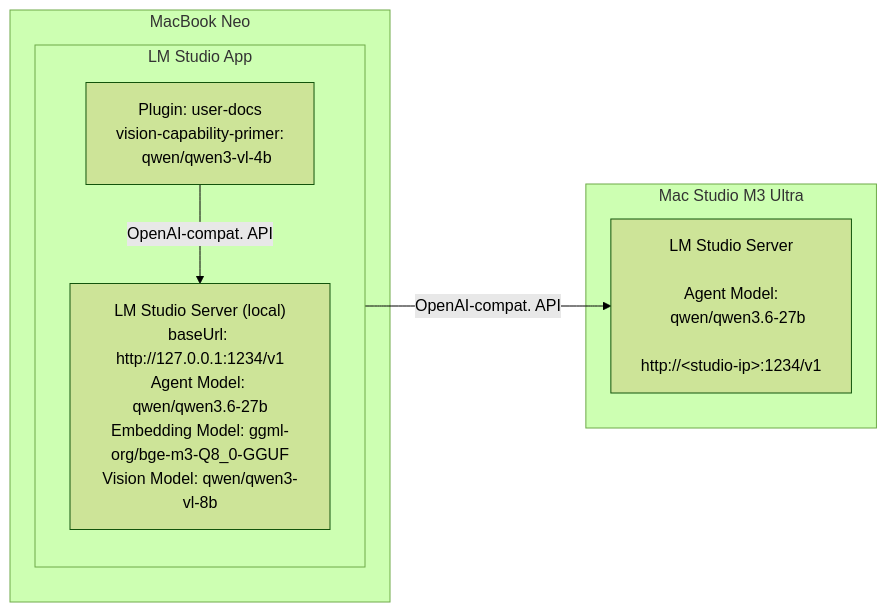
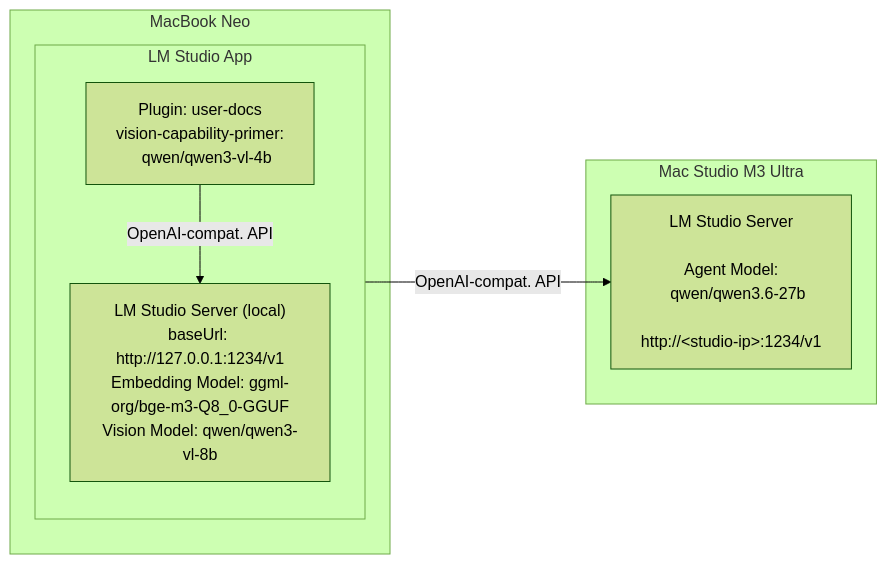
The second of 2 diagrams in docs/DEPLOYMENT.md (ceveyne/user-docs-docs), drawn with Mermaid (forest theme) before and after one commit. The commit also changed other lines of this file and 2 other files, not shown here.

````diff
--- a/docs/DEPLOYMENT.md
+++ b/docs/DEPLOYMENT.md
@@ -92,17 +91,17 @@
 ```mermaid
 graph LR
     subgraph MacBookNeo["MacBook Neo"]
         subgraph LMStudioApp["LM Studio App"]
             Plugin["Plugin: user-docs<br>vision-capability-primer:<br>&nbsp;&nbsp; qwen/qwen3-vl-4b"]
 
-            LMServerLocal["LM Studio Server (local)<br>baseUrl: http://127.0.0.1:1234/v1<br>Agent Model: qwen/qwen3.6-27b<br>Embedding Model: ggml-org/bge-m3-Q8_0-GGUF<br>Vision Model: qwen/qwen3-vl-8b"]
+            LMServerLocal["LM Studio Server (local)<br>baseUrl: http://127.0.0.1:1234/v1<br>Embedding Model: ggml-org/bge-m3-Q8_0-GGUF<br>Vision Model: qwen/qwen3-vl-8b"]
         end
     end
 
     subgraph MacStudio["Mac Studio M3 Ultra"]
         LMSServerRemote["LM Studio Server<br><br>Agent Model:<br>&nbsp;&nbsp; qwen/qwen3.6-27b<br><br>http://&lt;studio-ip&gt;:1234/v1"]
     end
 
     Plugin -->|"OpenAI-compat. API"| LMServerLocal
     LMStudioApp -->|"OpenAI-compat. API"| LMSServerRemote
 ```
````
